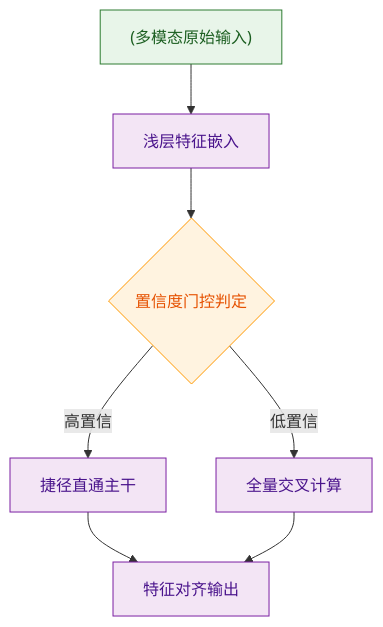
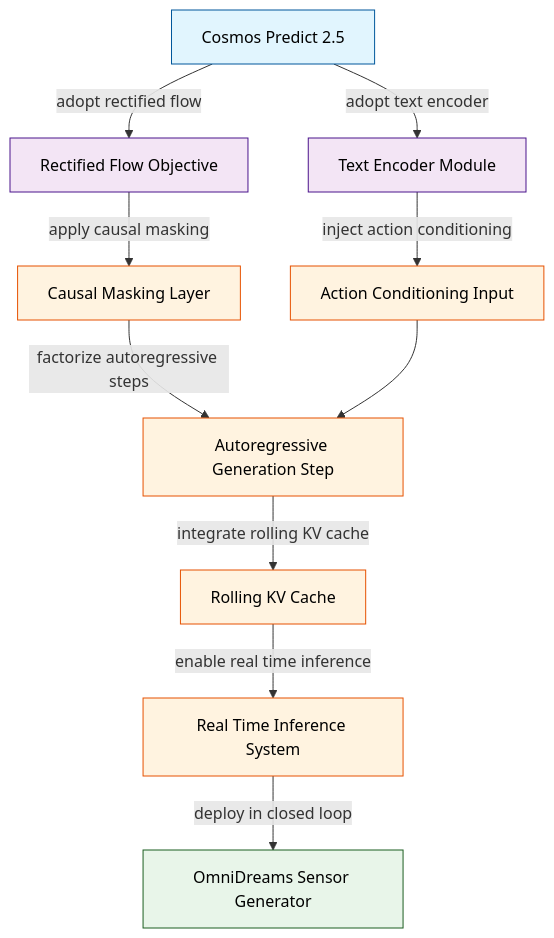
Before and after one commit to ShinewineW/paper-rolling: the ninth of 13 diagrams in person_vault/2026-06-12_OmniDreamsRealTimeGenerativeWorldModel_2606.03159/report.md, drawn with Mermaid. The commit also changed other lines of this file and 51 other files, not shown here.

````diff
--- a/person_vault/2026-06-12_OmniDreamsRealTimeGenerativeWorldModel_2606.03159/report.md
+++ b/person_vault/2026-06-12_OmniDreamsRealTimeGenerativeWorldModel_2606.03159/report.md
@@ -307,21 +513,17 @@
 ```mermaid
-flowchart TB
-  classDef start_end fill:#e1f5fe,color:#0d47a1,stroke:#01579b
-  classDef process fill:#f3e5f5,color:#4a148c,stroke:#7b1fa2
-  classDef decision fill:#fff3e0,color:#e65100,stroke:#ff9800
-  classDef data fill:#e8f5e9,color:#1b5e20,stroke:#2e7d32
+flowchart TD
+    classDef base fill:#e1f5fe,stroke:#01579b,color:#000;
+    classDef delta fill:#fff3e0,stroke:#e65100,color:#000;
+    classDef target fill:#e8f5e9,stroke:#1b5e20,color:#000;
+    classDef data fill:#f3e5f5,stroke:#4a148c,color:#000;
 
-  raw_data["(多模态原始输入)"]:::data
-  embed_stage["浅层特征嵌入"]:::process
-  gate_decision{置信度门控判定}:::decision
-  skip_route["捷径直通主干"]:::process
-  full_route["全量交叉计算"]:::process
-  final_merge["特征对齐输出"]:::process
-
-  raw_data --> embed_stage
-  embed_stage --> gate_decision
-  gate_decision -->|高置信| skip_route
-  gate_decision -->|低置信| full_route
-  skip_route --> final_merge
-  full_route --> final_merge
+    cosmos["Cosmos Predict 2.5"]:::base -->|adopt rectified flow| rect_flow["Rectified Flow Objective"]:::data
+    cosmos -->|adopt text encoder| text_enc["Text Encoder Module"]:::data
+    rect_flow -->|apply causal masking| causal_mask["Causal Masking Layer"]:::delta
+    text_enc -->|inject action conditioning| act_cond["Action Conditioning Input"]:::delta
+    causal_mask -->|factorize autoregressive steps| auto_reg["Autoregressive Generation Step"]:::delta
+    act_cond --> auto_reg
+    auto_reg -->|integrate rolling KV cache| kv_cache["Rolling KV Cache"]:::delta
+    kv_cache -->|enable real time inference| realtime["Real Time Inference System"]:::delta
+    realtime -->|deploy in closed loop| omnidreams["OmniDreams Sensor Generator"]:::target
 ```
````
